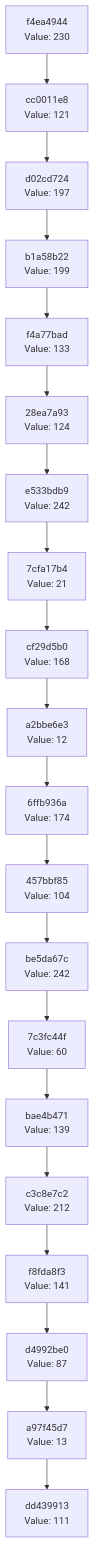
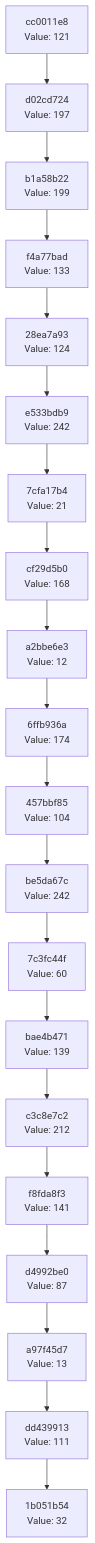
One commit to Abhisheksinha1506/hash-chain-evolver changed the diagram in docs/CHAIN_VISUALIZATION.md. Above: the diagram before and after it, drawn with Mermaid. The commit also changed 3 other files, not shown here.

````diff
--- a/docs/CHAIN_VISUALIZATION.md
+++ b/docs/CHAIN_VISUALIZATION.md
@@ -3,42 +3,42 @@
 ```mermaid
 graph TD
-    C0["dd439913<br/>Value: 111"]
-    C1["a97f45d7<br/>Value: 13"]
+    C0["1b051b54<br/>Value: 32"]
+    C1["dd439913<br/>Value: 111"]
     C1 --> C0
-    C2["d4992be0<br/>Value: 87"]
+    C2["a97f45d7<br/>Value: 13"]
     C2 --> C1
-    C3["f8fda8f3<br/>Value: 141"]
+    C3["d4992be0<br/>Value: 87"]
     C3 --> C2
-    C4["c3c8e7c2<br/>Value: 212"]
+    C4["f8fda8f3<br/>Value: 141"]
     C4 --> C3
-    C5["bae4b471<br/>Value: 139"]
+    C5["c3c8e7c2<br/>Value: 212"]
     C5 --> C4
-    C6["7c3fc44f<br/>Value: 60"]
+    C6["bae4b471<br/>Value: 139"]
     C6 --> C5
-    C7["be5da67c<br/>Value: 242"]
+    C7["7c3fc44f<br/>Value: 60"]
     C7 --> C6
-    C8["457bbf85<br/>Value: 104"]
+    C8["be5da67c<br/>Value: 242"]
     C8 --> C7
-    C9["6ffb936a<br/>Value: 174"]
+    C9["457bbf85<br/>Value: 104"]
     C9 --> C8
-    C10["a2bbe6e3<br/>Value: 12"]
+    C10["6ffb936a<br/>Value: 174"]
     C10 --> C9
-    C11["cf29d5b0<br/>Value: 168"]
+    C11["a2bbe6e3<br/>Value: 12"]
     C11 --> C10
-    C12["7cfa17b4<br/>Value: 21"]
+    C12["cf29d5b0<br/>Value: 168"]
     C12 --> C11
-    C13["e533bdb9<br/>Value: 242"]
+    C13["7cfa17b4<br/>Value: 21"]
     C13 --> C12
-    C14["28ea7a93<br/>Value: 124"]
+    C14["e533bdb9<br/>Value: 242"]
     C14 --> C13
-    C15["f4a77bad<br/>Value: 133"]
+    C15["28ea7a93<br/>Value: 124"]
     C15 --> C14
-    C16["b1a58b22<br/>Value: 199"]
+    C16["f4a77bad<br/>Value: 133"]
     C16 --> C15
-    C17["d02cd724<br/>Value: 197"]
+    C17["b1a58b22<br/>Value: 199"]
     C17 --> C16
-    C18["cc0011e8<br/>Value: 121"]
+    C18["d02cd724<br/>Value: 197"]
     C18 --> C17
-    C19["f4ea4944<br/>Value: 230"]
+    C19["cc0011e8<br/>Value: 121"]
     C19 --> C18
 ```
````
